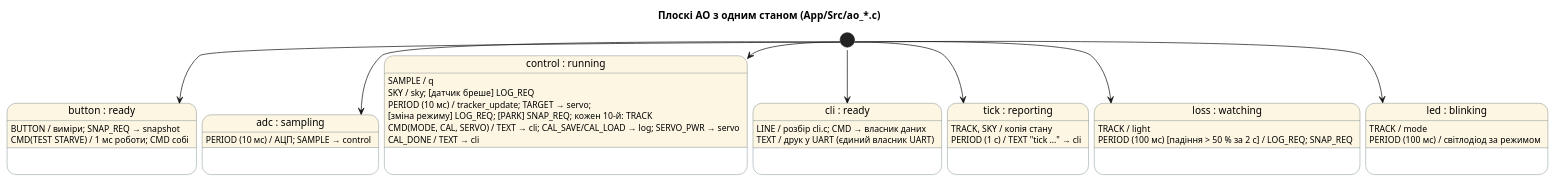
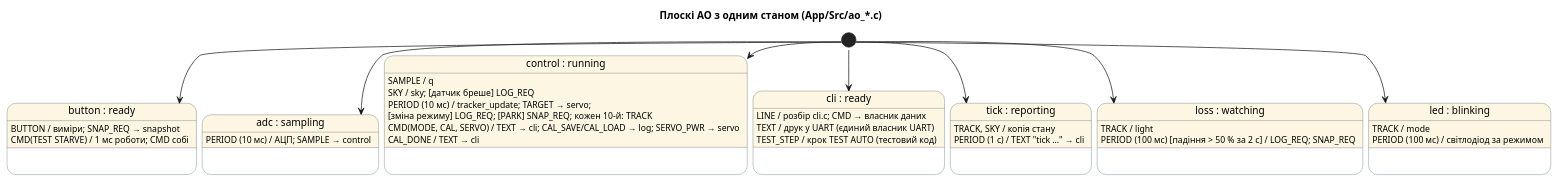
The diagram in docs/statecharts/flat.puml (Ripper-del/heliostat-sky-cam), drawn with PlantUML before and after one commit. The commit also changed 4 other files, not shown here.

Commit message:
LR5 tools: TEST AUTO reader, cli statechart updated, problems 34-36

```diff
--- a/docs/statecharts/flat.puml
+++ b/docs/statecharts/flat.puml
@@ -1,45 +1,46 @@
 @startuml flat
 !pragma layout smetana
 title Плоскі AO з одним станом (App/Src/ao_*.c)
 skinparam state {
   BackgroundColor #FDF6E3
   BorderColor #586E75
 }
 state "button : ready" as button {
   button : BUTTON / виміри; SNAP_REQ → snapshot
   button : CMD(TEST STARVE) / 1 мс роботи; CMD собі
 }
 state "adc : sampling" as adc {
   adc : PERIOD (10 мс) / АЦП; SAMPLE → control
 }
 state "control : running" as control {
   control : SAMPLE / q
   control : SKY / sky; [датчик бреше] LOG_REQ
   control : PERIOD (10 мс) / tracker_update; TARGET → servo;\n[зміна режиму] LOG_REQ; [PARK] SNAP_REQ; кожен 10-й: TRACK
   control : CMD(MODE, CAL, SERVO) / TEXT → cli; CAL_SAVE/CAL_LOAD → log; SERVO_PWR → servo
   control : CAL_DONE / TEXT → cli
 }
 state "cli : ready" as cli {
   cli : LINE / розбір cli.c; CMD → власник даних
   cli : TEXT / друк у UART (єдиний власник UART)
+  cli : TEST_STEP / крок TEST AUTO (тестовий код)
 }
 state "tick : reporting" as tick {
   tick : TRACK, SKY / копія стану
   tick : PERIOD (1 с) / TEXT "tick ..." → cli
 }
 state "loss : watching" as loss {
   loss : TRACK / light
   loss : PERIOD (100 мс) [падіння > 50 % за 2 с] / LOG_REQ; SNAP_REQ
 }
 state "led : blinking" as led {
   led : TRACK / mode
   led : PERIOD (100 мс) / світлодіод за режимом
 }
 [*] --> button
 [*] --> adc
 [*] --> control
 [*] --> cli
 [*] --> tick
 [*] --> loss
 [*] --> led
 @enduml
```
